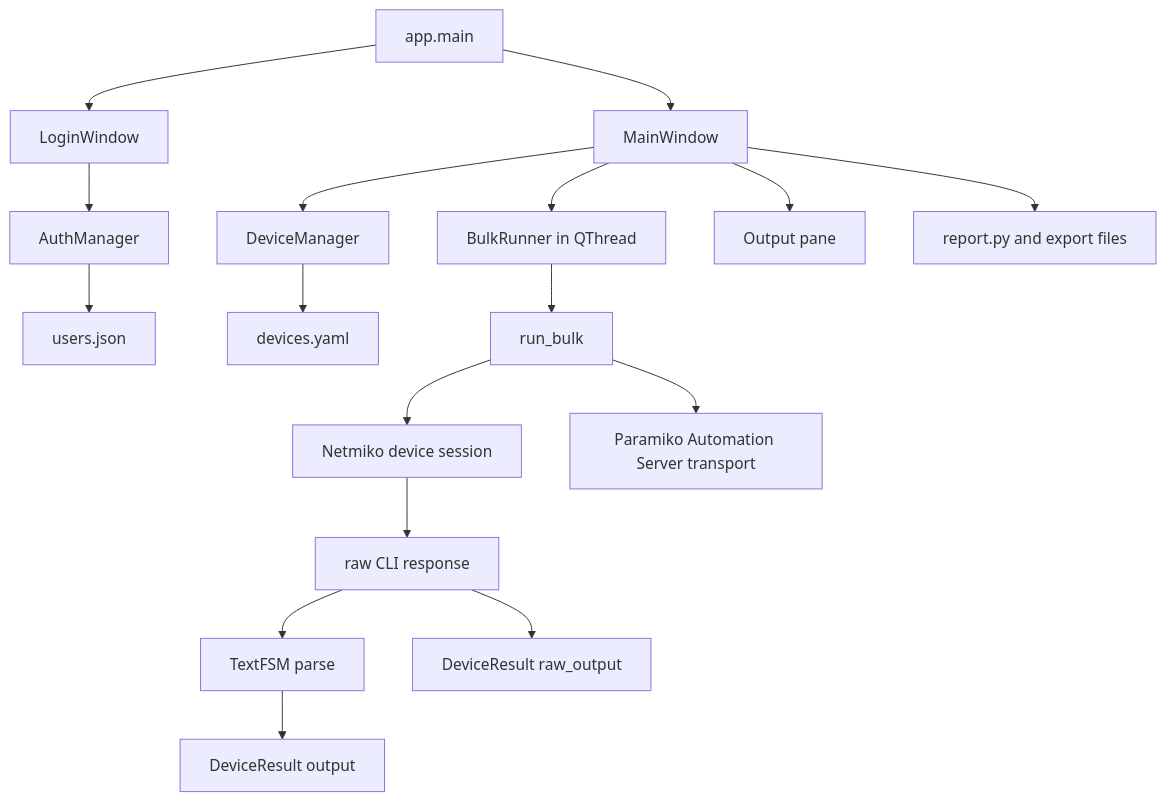
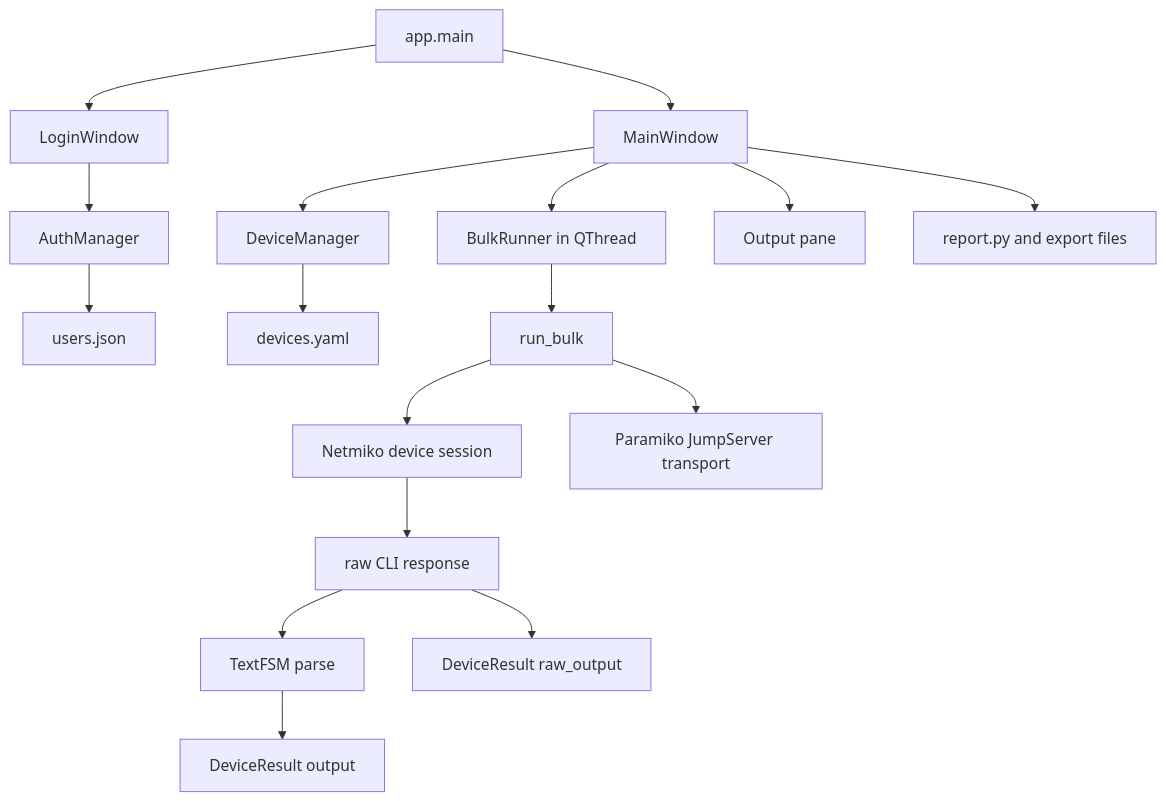
Before and after one commit to makamal01/isp-netops-automation-tool: the diagram in DEVELOPER_TECHNICAL_GUIDE.md, drawn with Mermaid. The commit also changed other lines of this file and 15 other files, not shown here.

````diff
--- a/DEVELOPER_TECHNICAL_GUIDE.md
+++ b/DEVELOPER_TECHNICAL_GUIDE.md
@@ -87,19 +87,19 @@
 ```mermaid
 flowchart TD
     A[app.main] --> B[LoginWindow]
     B --> C[AuthManager]
     C --> D[users.json]
     A --> E[MainWindow]
     E --> F[DeviceManager]
     F --> G[devices.yaml]
     E --> H[BulkRunner in QThread]
     H --> I[run_bulk]
     I --> J[Netmiko device session]
-    I --> K[Paramiko Automation Server transport]
+    I --> K[Paramiko JumpServer transport]
     J --> L[raw CLI response]
     L --> M[TextFSM parse]
     L --> N[DeviceResult raw_output]
     M --> O[DeviceResult output]
     E --> P[Output pane]
     E --> Q[report.py and export files]
 ```
````
